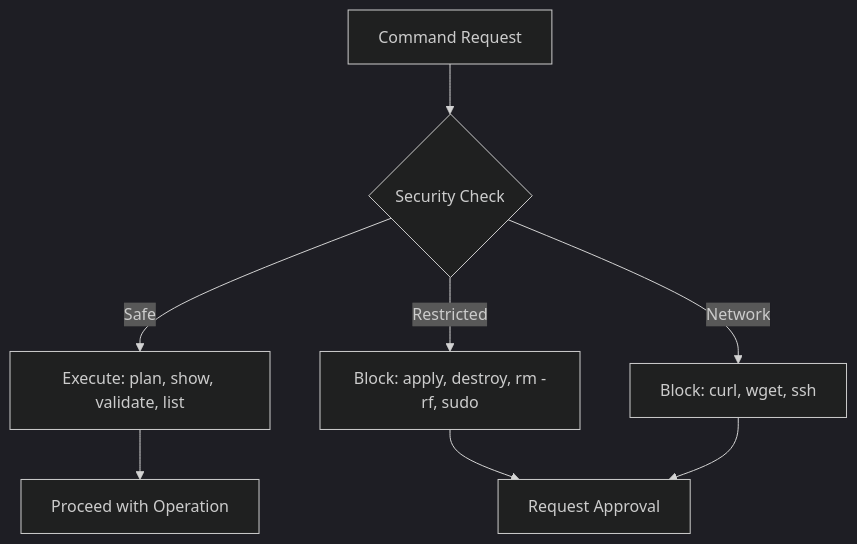
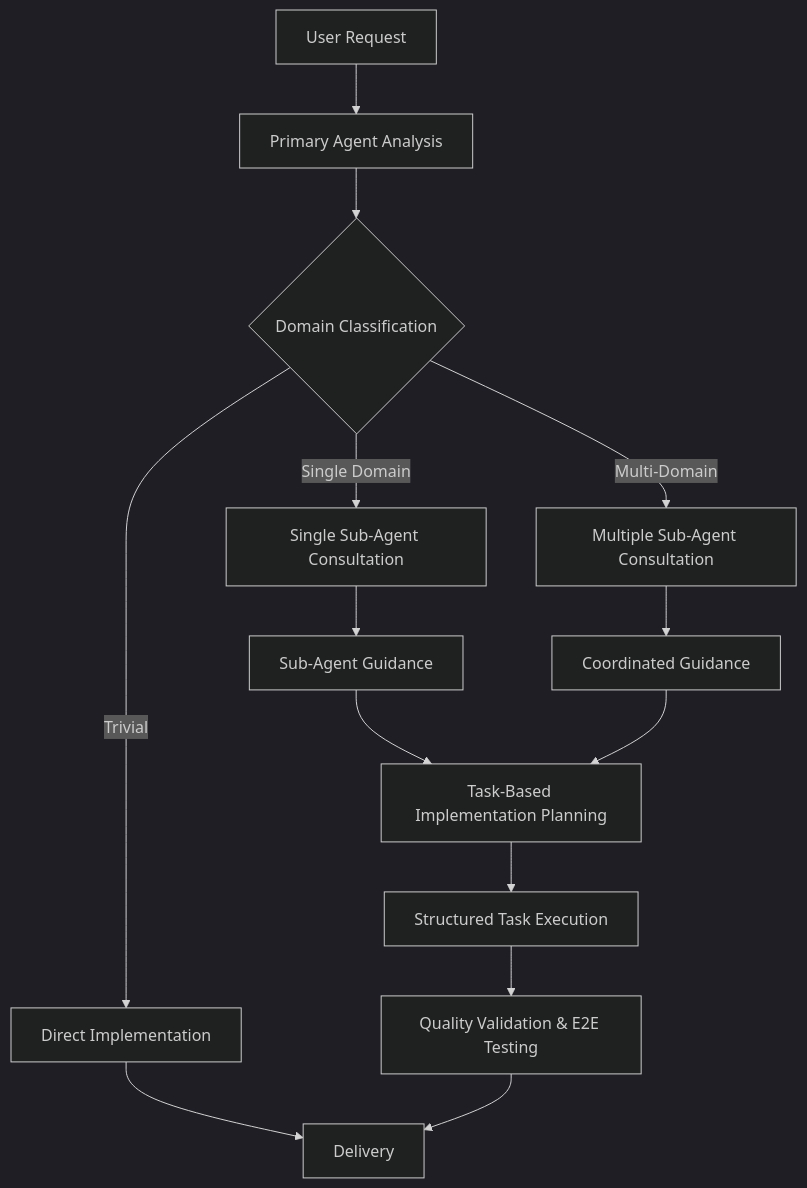
One commit to MerlinFloyd/horizon-sdlc-v2 changed the first of 4 diagrams in docker/opencode/config/AGENTS.md. Above: the diagram before and after it, drawn with Mermaid (dark theme). The commit also changed other lines of this file and 12 other files, not shown here.

````diff
--- a/docker/opencode/config/AGENTS.md
+++ b/docker/opencode/config/AGENTS.md
@@ -43,10 +56,18 @@
 ```mermaid
 graph TD
-    A[Command Request] --> B{Security Check}
-    B -->|Safe| C[Execute: plan, show, validate, list]
-    B -->|Restricted| D[Block: apply, destroy, rm -rf, sudo]
-    B -->|Network| E[Block: curl, wget, ssh]
-    D --> F[Request Approval]
-    E --> F
-    C --> G[Proceed with Operation]
+    A[User Request] --> B[Primary Agent Analysis]
+    B --> C{Domain Classification}
+    C -->|Single Domain| D[Single Sub-Agent Consultation]
+    C -->|Multi-Domain| E[Multiple Sub-Agent Consultation]
+    C -->|Trivial| F[Direct Implementation]
+
+    D --> G[Sub-Agent Guidance]
+    E --> H[Coordinated Guidance]
+
+    G --> I[Task-Based Implementation Planning]
+    H --> I
+    I --> J[Structured Task Execution]
+    J --> K[Quality Validation & E2E Testing]
+    F --> L[Delivery]
+    K --> L
 ```
````
